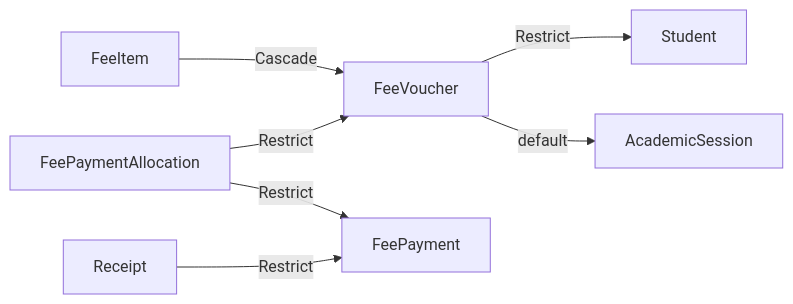
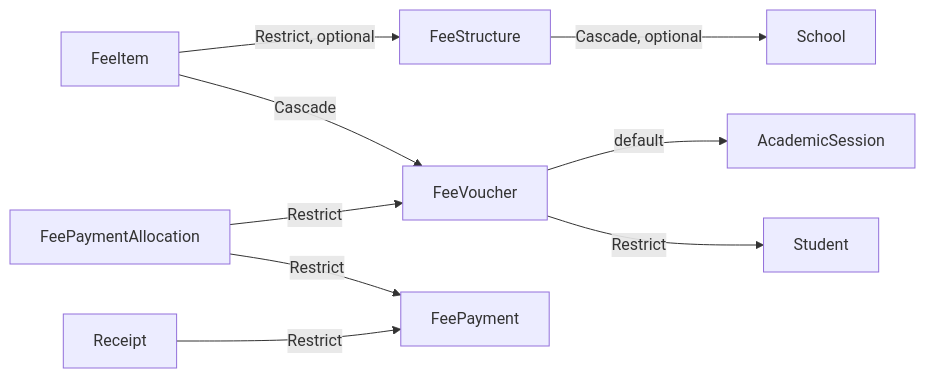
Before and after one commit to zainknoman/SchoolOS: the seventh of 7 diagrams in docs/database/ERD.md, drawn with Mermaid. The commit also changed 33 other files, not shown here.

````diff
--- a/docs/database/ERD.md
+++ b/docs/database/ERD.md
@@ -152,9 +152,11 @@
 ```mermaid
 flowchart LR
+  FeeStructure -->|Cascade, optional| School
   FeeVoucher -->|Restrict| Student
   FeeVoucher -->|default| AcademicSession
   FeeItem -->|Cascade| FeeVoucher
+  FeeItem -->|Restrict, optional| FeeStructure
   FeePaymentAllocation -->|Restrict| FeePayment
   FeePaymentAllocation -->|Restrict| FeeVoucher
   Receipt -->|Restrict| FeePayment
 ```
````
